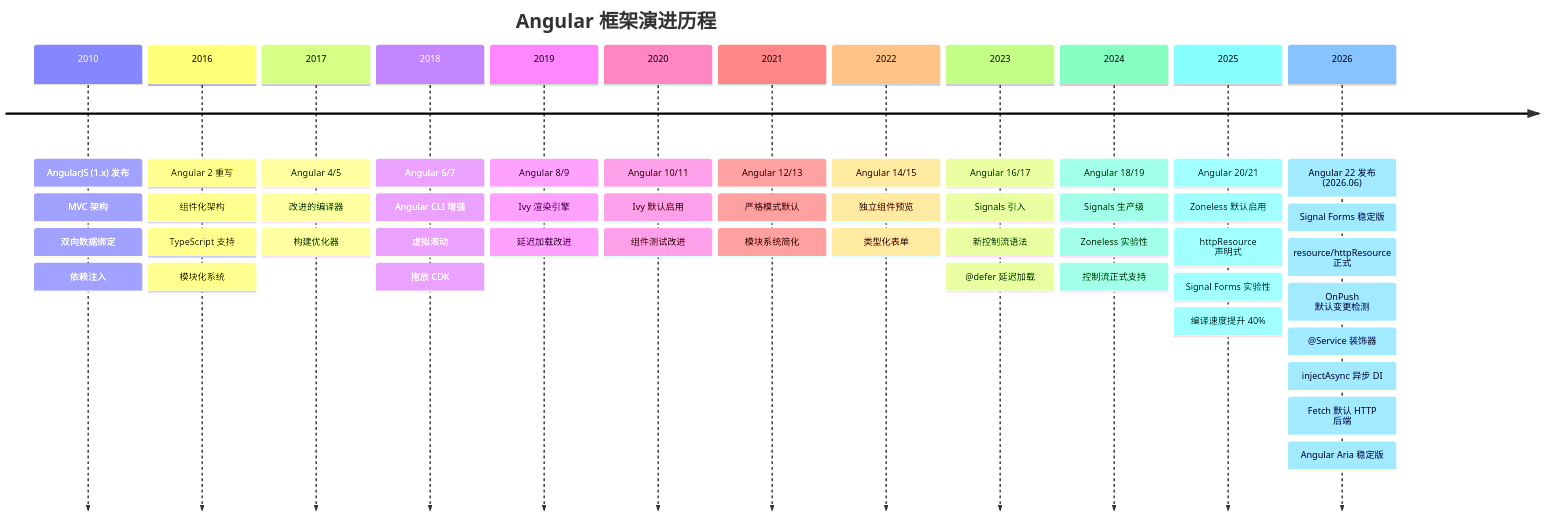
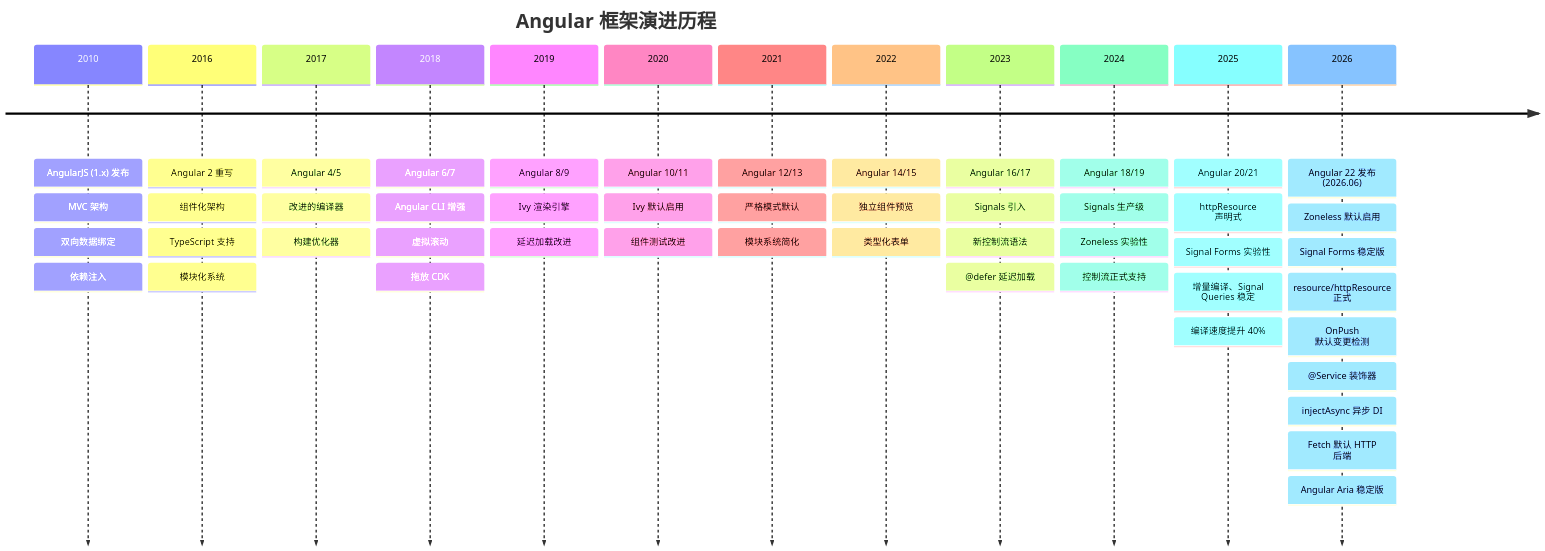
One commit to KMaybe01/interview-demo changed the fourth of 18 diagrams in docs/S2-框架深入/03-Angular22.md. Above: the diagram before and after it, drawn with Mermaid. The commit also changed other lines of this file and 8 other files, not shown here.

````diff
--- a/docs/S2-框架深入/03-Angular22.md
+++ b/docs/S2-框架深入/03-Angular22.md
@@ -320,52 +347,53 @@
 ```mermaid
 timeline
     title Angular 框架演进历程
     2010 : AngularJS (1.x) 发布
          : MVC 架构
          : 双向数据绑定
          : 依赖注入
     2016 : Angular 2 重写
          : 组件化架构
          : TypeScript 支持
          : 模块化系统
     2017 : Angular 4/5
          : 改进的编译器
          : 构建优化器
     2018 : Angular 6/7
          : Angular CLI 增强
          : 虚拟滚动
          : 拖放 CDK
     2019 : Angular 8/9
          : Ivy 渲染引擎
          : 延迟加载改进
     2020 : Angular 10/11
          : Ivy 默认启用
          : 组件测试改进
     2021 : Angular 12/13
          : 严格模式默认
          : 模块系统简化
     2022 : Angular 14/15
          : 独立组件预览
          : 类型化表单
     2023 : Angular 16/17
          : Signals 引入
          : 新控制流语法
          : @defer 延迟加载
     2024 : Angular 18/19
          : Signals 生产级
          : Zoneless 实验性
          : 控制流正式支持
     2025 : Angular 20/21
-         : Zoneless 默认启用
          : httpResource 声明式
          : Signal Forms 实验性
+         : 增量编译、Signal Queries 稳定
          : 编译速度提升 40%
      2026 : Angular 22 发布 (2026.06)
+          : Zoneless 默认启用
           : Signal Forms 稳定版
           : resource/httpResource 正式
           : OnPush 默认变更检测
           : @Service 装饰器
           : injectAsync 异步 DI
           : Fetch 默认 HTTP 后端
           : Angular Aria 稳定版
 ```
````
